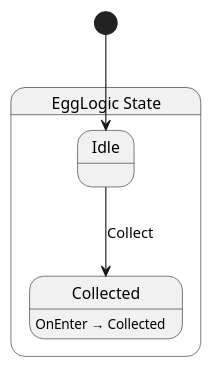
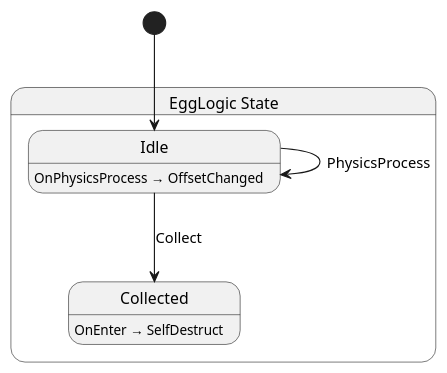
The diagram in src/egg/state/EggLogic.g.puml (Nilsiker/Adventure), drawn with PlantUML before and after one commit. The commit also changed 24 other files, not shown here.

```diff
--- a/src/egg/state/EggLogic.g.puml
+++ b/src/egg/state/EggLogic.g.puml
@@ -1,12 +1,14 @@
 @startuml EggLogic
 state "EggLogic State" as Shellguard_Egg_State_EggLogic_State {
   state "Idle" as Shellguard_Egg_State_EggLogic_State_Idle
   state "Collected" as Shellguard_Egg_State_EggLogic_State_Collected
 }
 
 Shellguard_Egg_State_EggLogic_State_Idle --> Shellguard_Egg_State_EggLogic_State_Collected : Collect
+Shellguard_Egg_State_EggLogic_State_Idle --> Shellguard_Egg_State_EggLogic_State_Idle : PhysicsProcess
 
-Shellguard_Egg_State_EggLogic_State_Collected : OnEnter → Collected
+Shellguard_Egg_State_EggLogic_State_Collected : OnEnter → SelfDestruct
+Shellguard_Egg_State_EggLogic_State_Idle : OnPhysicsProcess → OffsetChanged
 
 [*] --> Shellguard_Egg_State_EggLogic_State_Idle
 @enduml
```
